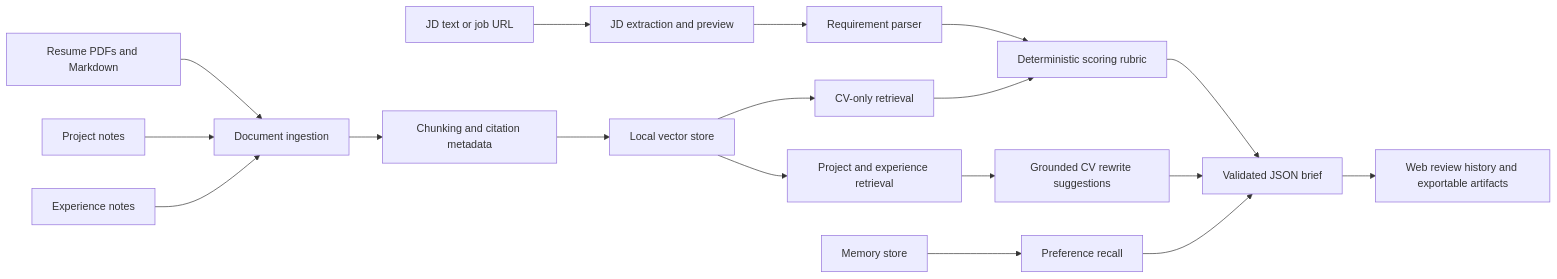
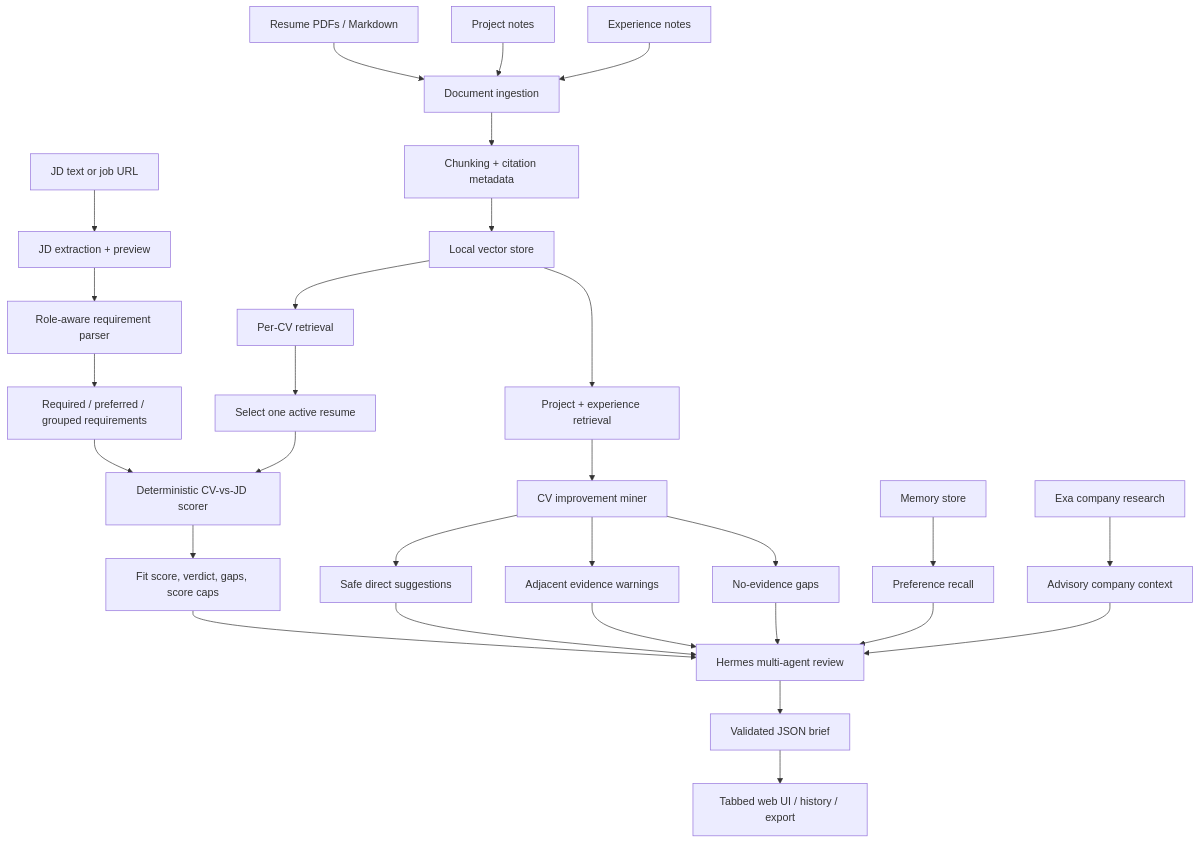
The diagram in README.md (AndresLie/job-agent), drawn with Mermaid before and after one commit. The commit also changed other lines of this file, not shown here.

Commit message:
Clarify multi-agent architecture in README

````diff
--- a/README.md
+++ b/README.md
@@ -48,20 +51,37 @@
 ```mermaid
-flowchart LR
-    A[Resume PDFs and Markdown] --> B[Document ingestion]
+flowchart TD
+    A[Resume PDFs / Markdown] --> B[Document ingestion]
     C[Project notes] --> B
     D[Experience notes] --> B
-    B --> E[Chunking and citation metadata]
+    B --> E[Chunking + citation metadata]
     E --> F[Local vector store]
-    G[JD text or job URL] --> H[JD extraction and preview]
-    H --> I[Requirement parser]
-    F --> J[CV-only retrieval]
-    F --> K[Project and experience retrieval]
-    I --> L[Deterministic scoring rubric]
-    J --> L
-    K --> M[Grounded CV rewrite suggestions]
-    N[Memory store] --> O[Preference recall]
-    L --> P[Validated JSON brief]
-    M --> P
-    O --> P
-    P --> Q[Web review history and exportable artifacts]
+
+    G[JD text or job URL] --> H[JD extraction + preview]
+    H --> I[Role-aware requirement parser]
+    I --> I1[Required / preferred / grouped requirements]
+
+    F --> J[Per-CV retrieval]
+    J --> K[Select one active resume]
+    I1 --> L[Deterministic CV-vs-JD scorer]
+    K --> L
+    L --> M[Fit score, verdict, gaps, score caps]
+
+    F --> N[Project + experience retrieval]
+    N --> O[CV improvement miner]
+    O --> O1[Safe direct suggestions]
+    O --> O2[Adjacent evidence warnings]
+    O --> O3[No-evidence gaps]
+
+    P[Memory store] --> Q[Preference recall]
+    R[Exa company research] --> S[Advisory company context]
+
+    M --> T[Hermes multi-agent review]
+    O1 --> T
+    O2 --> T
+    O3 --> T
+    Q --> T
+    S --> T
+
+    T --> U[Validated JSON brief]
+    U --> V[Tabbed web UI / history / export]
 ```
````
